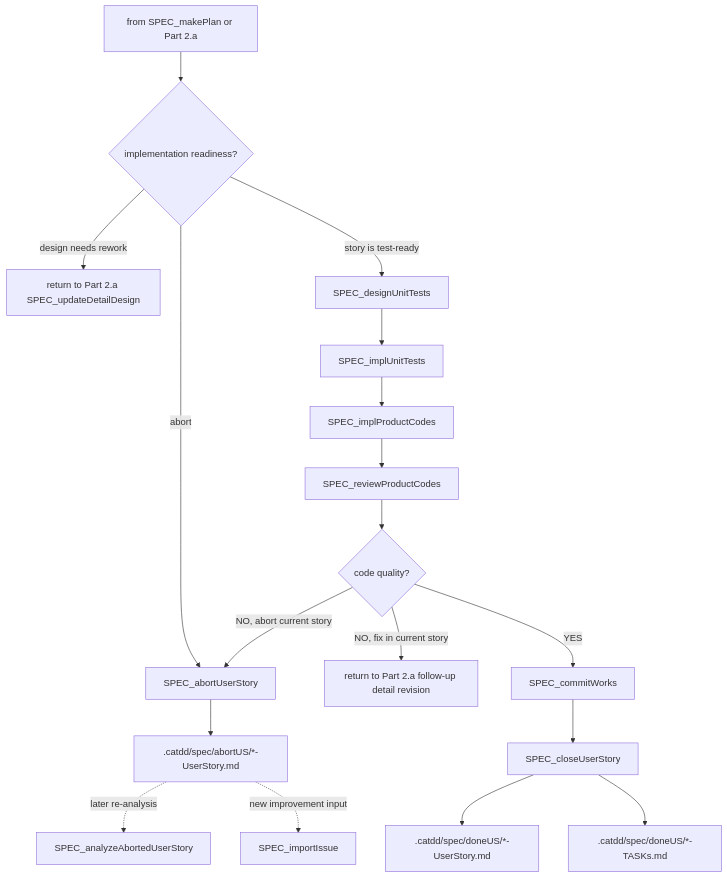
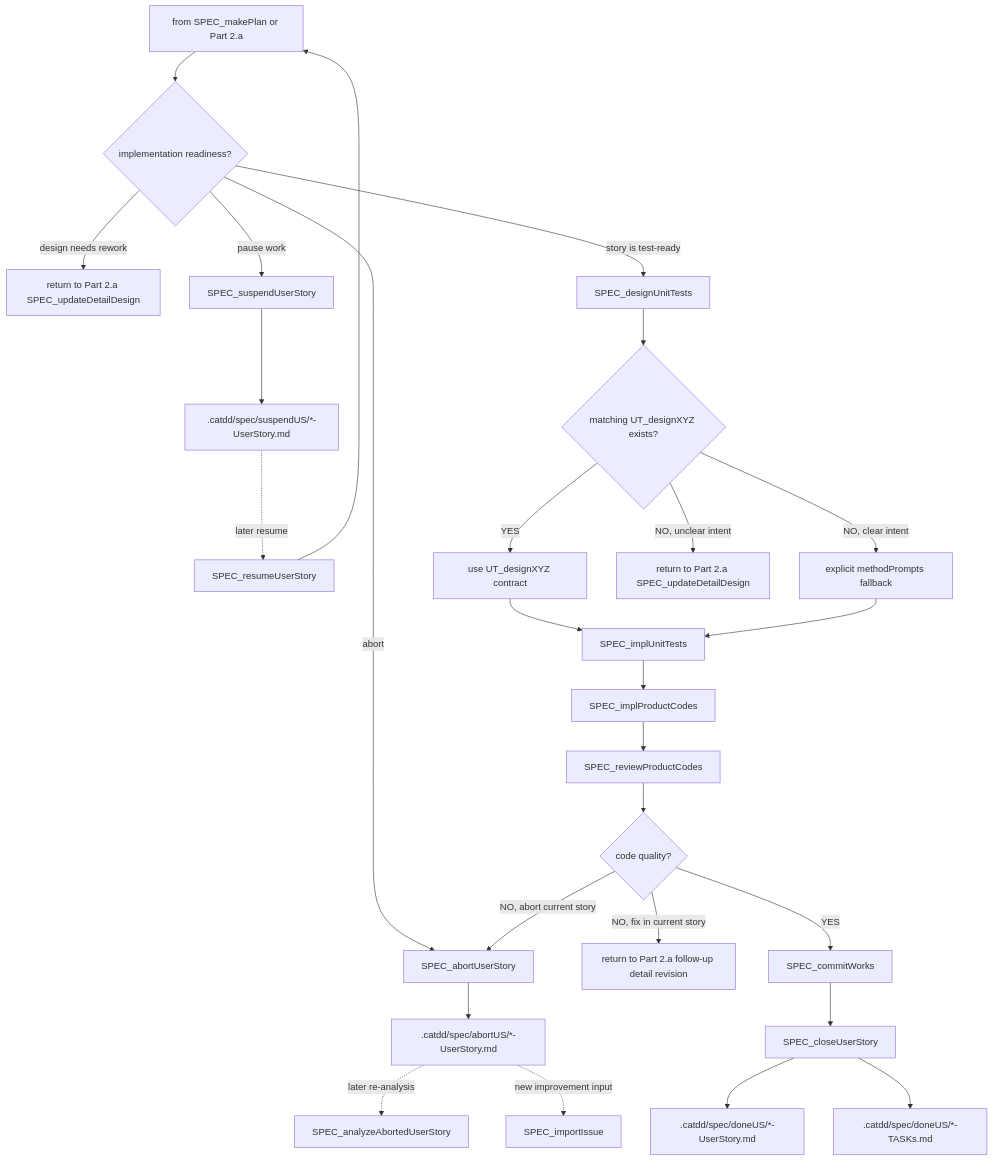
The third of 3 diagrams in .catdd/slashCommands/flows/Px-SpecFlow_ZH.md (HZ-XYZ-FORKS/MyInterObjCom-PlayKata-githubCopilot-autoModel-libIOC-inC), drawn with Mermaid before and after one commit. The commit also changed other lines of this file and 18 other files, not shown here.

First line of the commit message:
feat: Enhance user story management with suspend and resume functionality

````diff
--- a/.catdd/slashCommands/flows/Px-SpecFlow_ZH.md
+++ b/.catdd/slashCommands/flows/Px-SpecFlow_ZH.md
@@ -240,22 +261,31 @@
 ```mermaid
 flowchart TB
     Part2b["from SPEC_makePlan or Part 2.a"] --> ImplementationChoice{"implementation readiness?"}
     ImplementationChoice -- "design needs rework" --> ReviewStoryRef["return to Part 2.a SPEC_updateDetailDesign"]
+    ImplementationChoice -- "pause work" --> Suspend["SPEC_suspendUserStory"]
+    Suspend --> SuspendUS[".catdd/spec/suspendUS/*-UserStory.md"]
+    SuspendUS -. "later resume" .-> Resume["SPEC_resumeUserStory"]
+    Resume --> Part2b
     ImplementationChoice -- "abort" --> Abort2b["SPEC_abortUserStory"]
     ImplementationChoice -- "story is test-ready" --> DesignTests["SPEC_designUnitTests"]
 
-    DesignTests --> ImplTests["SPEC_implUnitTests"]
+    DesignTests --> UTDesign{"matching UT_designXYZ exists?"}
+    UTDesign -- "YES" --> CategoryDesign["use UT_designXYZ contract"]
+    UTDesign -- "NO, clear intent" --> MethodFallback["explicit methodPrompts fallback"]
+    UTDesign -- "NO, unclear intent" --> DetailGap["return to Part 2.a SPEC_updateDetailDesign"]
+    CategoryDesign --> ImplTests["SPEC_implUnitTests"]
+    MethodFallback --> ImplTests
     ImplTests --> ImplCode["SPEC_implProductCodes"]
     ImplCode --> ReviewCode["SPEC_reviewProductCodes"]
     ReviewCode --> QualityCode{"code quality?"}
 
     QualityCode -- "NO, fix in current story" --> DesignRework["return to Part 2.a follow-up detail revision"]
     QualityCode -- "NO, abort current story" --> Abort2b
     QualityCode -- "YES" --> Commit["SPEC_commitWorks"]
     Commit --> Close["SPEC_closeUserStory"]
     Close --> Done[".catdd/spec/doneUS/*-UserStory.md"]
     Close --> DoneTasks[".catdd/spec/doneUS/*-TASKs.md"]
     Abort2b --> AbortUS2b[".catdd/spec/abortUS/*-UserStory.md"]
     AbortUS2b -. "later re-analysis" .-> AnalyzeAbort2b["SPEC_analyzeAbortedUserStory"]
     AbortUS2b -. "new improvement input" .-> ImportIssue2b["SPEC_importIssue"]
 ```
````
